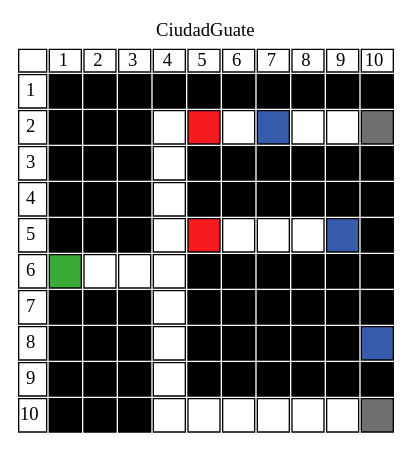
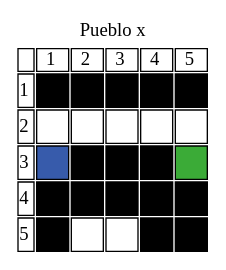
One commit to Dgo45921/IPC2_Proyecto2_202003585 changed the diagram in texto_dot.dot. Above: the diagram before and after it, drawn with Graphviz. The commit also changed 6 other files, not shown here.

```diff
--- a/texto_dot.dot
+++ b/texto_dot.dot
@@ -1,140 +1,50 @@
   
                 digraph html {
                 labelloc="t";
-                label="CiudadGuate";
+                label="Pueblo x";
                 tabla [shape=none, margin=0, label=<
                 <TABLE BORDER="0" CELLBORDER="1" CELLSPACING="2" CELLPADDING="4">
 <TR>
 <TD CELLPADDING="0.1"></TD>
 <TD CELLPADDING="0.1">1</TD>
 <TD CELLPADDING="0.1">2</TD>
 <TD CELLPADDING="0.1">3</TD>
 <TD CELLPADDING="0.1">4</TD>
 <TD CELLPADDING="0.1">5</TD>
-<TD CELLPADDING="0.1">6</TD>
-<TD CELLPADDING="0.1">7</TD>
-<TD CELLPADDING="0.1">8</TD>
-<TD CELLPADDING="0.1">9</TD>
-<TD CELLPADDING="0.1">10</TD>
 </TR>
 <TR><TD CELLPADDING="0.1">1</TD>
 <TD BGCOLOR="black">   </TD>
 <TD BGCOLOR="black">   </TD>
 <TD BGCOLOR="black">   </TD>
 <TD BGCOLOR="black">   </TD>
 <TD BGCOLOR="black">   </TD>
+</TR>
+<TR><TD CELLPADDING="0.1">2</TD>
+<TD>   </TD>
+<TD>   </TD>
+<TD>   </TD>
+<TD>   </TD>
+<TD>   </TD>
+</TR>
+<TR><TD CELLPADDING="0.1">3</TD>
+<TD BGCOLOR="#375bab">   </TD>
 <TD BGCOLOR="black">   </TD>
 <TD BGCOLOR="black">   </TD>
 <TD BGCOLOR="black">   </TD>
-<TD BGCOLOR="black">   </TD>
-<TD BGCOLOR="black">   </TD>
-</TR>
-<TR><TD CELLPADDING="0.1">2</TD>
-<TD BGCOLOR="black">   </TD>
-<TD BGCOLOR="black">   </TD>
-<TD BGCOLOR="black">   </TD>
-<TD>   </TD>
-<TD BGCOLOR="#f71b1f">   </TD>
-<TD>   </TD>
-<TD BGCOLOR="#375bab">   </TD>
-<TD>   </TD>
-<TD>   </TD>
-<TD BGCOLOR="#706f6f">   </TD>
-</TR>
-<TR><TD CELLPADDING="0.1">3</TD>
-<TD BGCOLOR="black">   </TD>
-<TD BGCOLOR="black">   </TD>
-<TD BGCOLOR="black">   </TD>
-<TD>   </TD>
-<TD BGCOLOR="black">   </TD>
-<TD BGCOLOR="black">   </TD>
-<TD BGCOLOR="black">   </TD>
-<TD BGCOLOR="black">   </TD>
-<TD BGCOLOR="black">   </TD>
-<TD BGCOLOR="black">   </TD>
+<TD BGCOLOR="#3bab37">   </TD>
 </TR>
 <TR><TD CELLPADDING="0.1">4</TD>
-<TD BGCOLOR="black">   </TD>
-<TD BGCOLOR="black">   </TD>
-<TD BGCOLOR="black">   </TD>
-<TD>   </TD>
-<TD BGCOLOR="black">   </TD>
 <TD BGCOLOR="black">   </TD>
 <TD BGCOLOR="black">   </TD>
 <TD BGCOLOR="black">   </TD>
 <TD BGCOLOR="black">   </TD>
 <TD BGCOLOR="black">   </TD>
 </TR>
 <TR><TD CELLPADDING="0.1">5</TD>
 <TD BGCOLOR="black">   </TD>
-<TD BGCOLOR="black">   </TD>
-<TD BGCOLOR="black">   </TD>
-<TD>   </TD>
-<TD BGCOLOR="#f71b1f">   </TD>
-<TD>   </TD>
-<TD>   </TD>
-<TD>   </TD>
-<TD BGCOLOR="#375bab">   </TD>
-<TD BGCOLOR="black">   </TD>
-</TR>
-<TR><TD CELLPADDING="0.1">6</TD>
-<TD BGCOLOR="#3bab37">   </TD>
-<TD>   </TD>
 <TD>   </TD>
 <TD>   </TD>
 <TD BGCOLOR="black">   </TD>
 <TD BGCOLOR="black">   </TD>
-<TD BGCOLOR="black">   </TD>
-<TD BGCOLOR="black">   </TD>
-<TD BGCOLOR="black">   </TD>
-<TD BGCOLOR="black">   </TD>
-</TR>
-<TR><TD CELLPADDING="0.1">7</TD>
-<TD BGCOLOR="black">   </TD>
-<TD BGCOLOR="black">   </TD>
-<TD BGCOLOR="black">   </TD>
-<TD>   </TD>
-<TD BGCOLOR="black">   </TD>
-<TD BGCOLOR="black">   </TD>
-<TD BGCOLOR="black">   </TD>
-<TD BGCOLOR="black">   </TD>
-<TD BGCOLOR="black">   </TD>
-<TD BGCOLOR="black">   </TD>
-</TR>
-<TR><TD CELLPADDING="0.1">8</TD>
-<TD BGCOLOR="black">   </TD>
-<TD BGCOLOR="black">   </TD>
-<TD BGCOLOR="black">   </TD>
-<TD>   </TD>
-<TD BGCOLOR="black">   </TD>
-<TD BGCOLOR="black">   </TD>
-<TD BGCOLOR="black">   </TD>
-<TD BGCOLOR="black">   </TD>
-<TD BGCOLOR="black">   </TD>
-<TD BGCOLOR="#375bab">   </TD>
-</TR>
-<TR><TD CELLPADDING="0.1">9</TD>
-<TD BGCOLOR="black">   </TD>
-<TD BGCOLOR="black">   </TD>
-<TD BGCOLOR="black">   </TD>
-<TD>   </TD>
-<TD BGCOLOR="black">   </TD>
-<TD BGCOLOR="black">   </TD>
-<TD BGCOLOR="black">   </TD>
-<TD BGCOLOR="black">   </TD>
-<TD BGCOLOR="black">   </TD>
-<TD BGCOLOR="black">   </TD>
-</TR>
-<TR><TD CELLPADDING="0.1">10</TD>
-<TD BGCOLOR="black">   </TD>
-<TD BGCOLOR="black">   </TD>
-<TD BGCOLOR="black">   </TD>
-<TD>   </TD>
-<TD>   </TD>
-<TD>   </TD>
-<TD>   </TD>
-<TD>   </TD>
-<TD>   </TD>
-<TD BGCOLOR="#706f6f">   </TD>
 </TR>
 </TABLE>>];}
```
